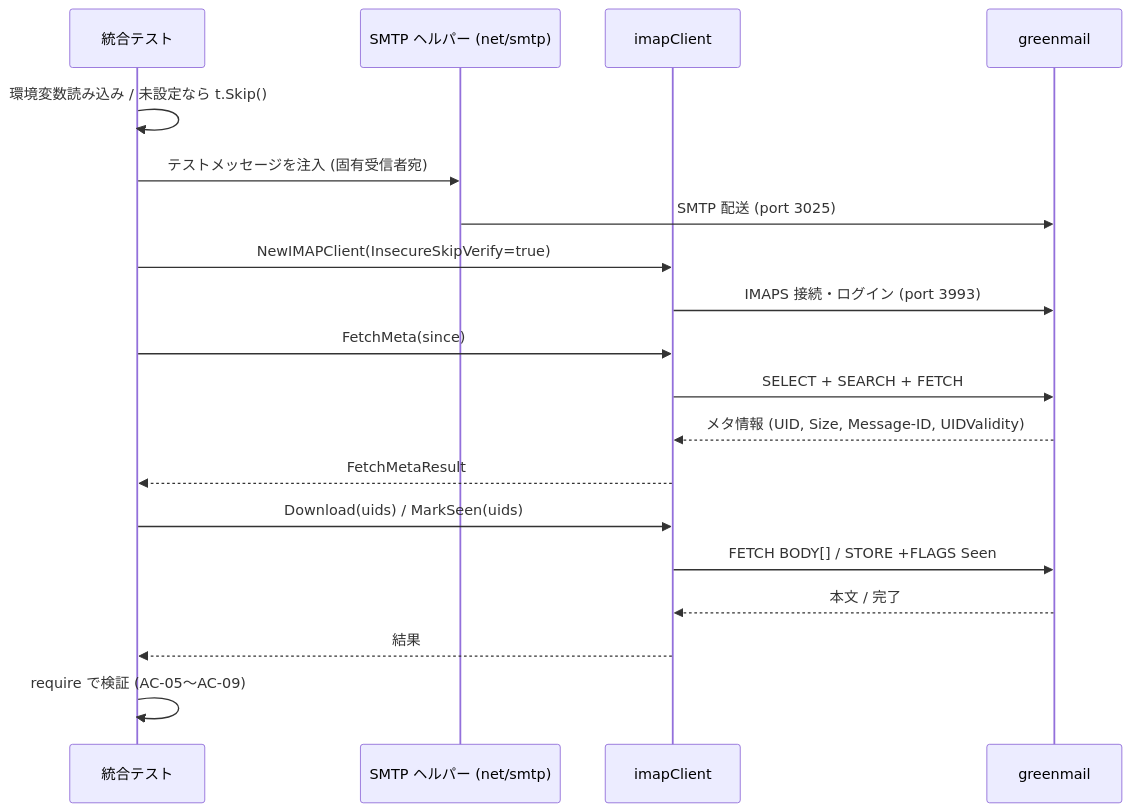
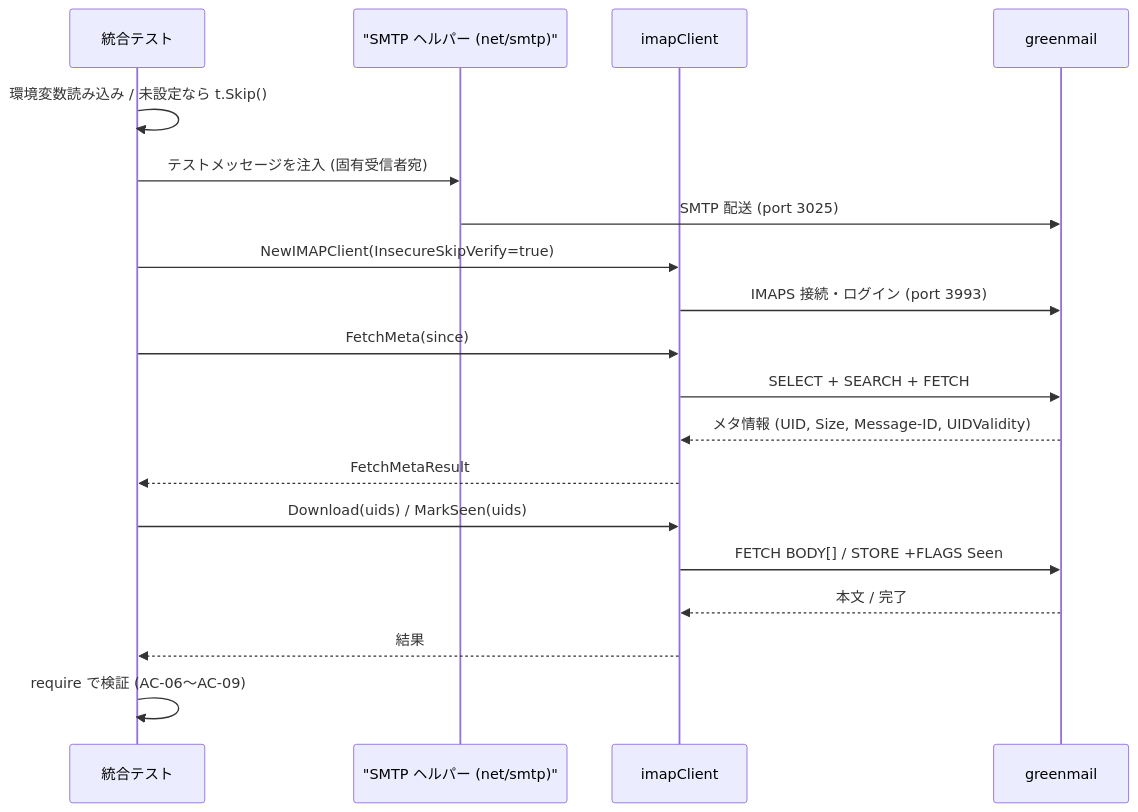
Before and after one commit to isseis/tlsrpt-digest: the tenth of 14 diagrams in docs/tasks/0090_imap_integration/02_architecture.md, drawn with Mermaid. The commit also changed other lines of this file, not shown here.

First line of the commit message:
docs(task 0090): refine architecture doc based on review feedback

````diff
--- a/docs/tasks/0090_imap_integration/02_architecture.md
+++ b/docs/tasks/0090_imap_integration/02_architecture.md
@@ -327,22 +351,22 @@
 ```mermaid
 sequenceDiagram
     participant T as 統合テスト
-    participant S as SMTP ヘルパー (net/smtp)
+    participant S as "SMTP ヘルパー (net/smtp)"
     participant C as imapClient
     participant GM as greenmail
 
     T->>T: 環境変数読み込み / 未設定なら t.Skip()
     T->>S: テストメッセージを注入 (固有受信者宛)
     S->>GM: SMTP 配送 (port 3025)
     T->>C: NewIMAPClient(InsecureSkipVerify=true)
     C->>GM: IMAPS 接続・ログイン (port 3993)
     T->>C: FetchMeta(since)
     C->>GM: SELECT + SEARCH + FETCH
     GM-->>C: メタ情報 (UID, Size, Message-ID, UIDValidity)
     C-->>T: FetchMetaResult
     T->>C: Download(uids) / MarkSeen(uids)
     C->>GM: FETCH BODY[] / STORE +FLAGS Seen
     GM-->>C: 本文 / 完了
     C-->>T: 結果
-    T->>T: require で検証 (AC-05〜AC-09)
+    T->>T: require で検証 (AC-06〜AC-09)
 ```
````
